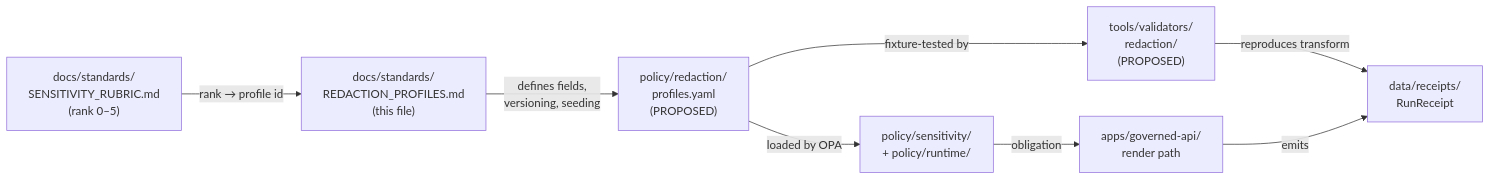
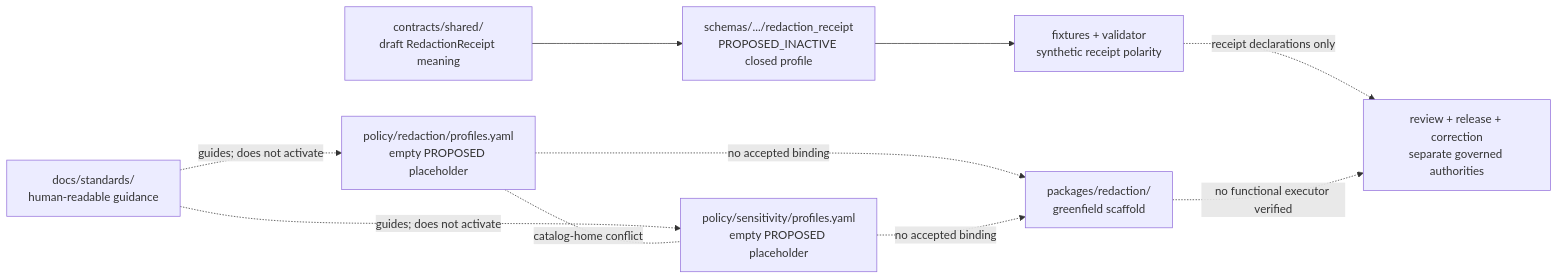
One commit to bartytime4life/Kansas-Frontier-Matrix changed the first of 2 diagrams in docs/standards/REDACTION_PROFILES.md. Above: the diagram before and after it, drawn with Mermaid. The commit also changed other lines of this file, not shown here.

Commit message:
docs: modernize redaction profiles boundary

````diff
--- a/docs/standards/REDACTION_PROFILES.md
+++ b/docs/standards/REDACTION_PROFILES.md
@@ -92,18 +197,21 @@
 ```mermaid
 flowchart LR
-  Rubric["docs/standards/<br/>SENSITIVITY_RUBRIC.md<br/>(rank 0–5)"]
-  ThisDoc["docs/standards/<br/>REDACTION_PROFILES.md<br/>(this file)"]
-  Catalog["policy/redaction/<br/>profiles.yaml<br/>(PROPOSED)"]
-  PolicyBundle["policy/sensitivity/<br/>+ policy/runtime/"]
-  Verifiers["tools/validators/<br/>redaction/<br/>(PROPOSED)"]
-  Receipts["data/receipts/<br/>RunReceipt"]
-  Render["apps/governed-api/<br/>render path"]
+  Docs["docs/standards/<br/>human-readable guidance"]
+  CatalogA["policy/redaction/profiles.yaml<br/>empty PROPOSED placeholder"]
+  CatalogB["policy/sensitivity/profiles.yaml<br/>empty PROPOSED placeholder"]
+  Contract["contracts/shared/<br/>draft RedactionReceipt meaning"]
+  Schema["schemas/.../redaction_receipt<br/>PROPOSED_INACTIVE closed profile"]
+  Fixtures["fixtures + validator<br/>synthetic receipt polarity"]
+  Package["packages/redaction/<br/>greenfield scaffold"]
+  Release["review + release + correction<br/>separate governed authorities"]
 
-  Rubric -- "rank → profile id" --> ThisDoc
-  ThisDoc -- "defines fields,<br/>versioning, seeding" --> Catalog
-  Catalog -- "loaded by OPA" --> PolicyBundle
-  Catalog -- "fixture-tested by" --> Verifiers
-  PolicyBundle -- "obligation" --> Render
-  Verifiers -- "reproduces transform" --> Receipts
-  Render -- "emits" --> Receipts
+  Docs -. "guides; does not activate" .-> CatalogA
+  Docs -. "guides; does not activate" .-> CatalogB
+  CatalogA -. "catalog-home conflict" .- CatalogB
+  Contract --> Schema
+  Schema --> Fixtures
+  CatalogA -. "no accepted binding" .-> Package
+  CatalogB -. "no accepted binding" .-> Package
+  Fixtures -. "receipt declarations only" .-> Release
+  Package -. "no functional executor verified" .-> Release
 ```
````
